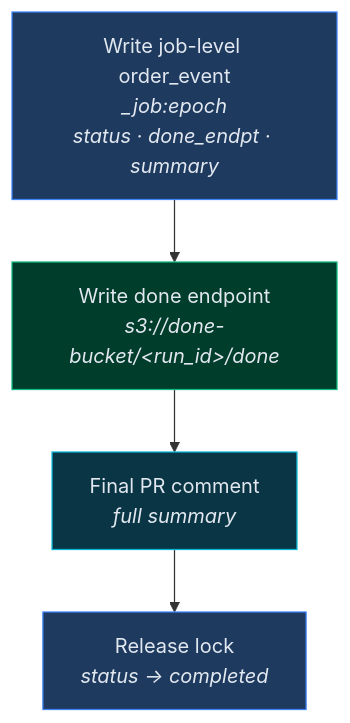
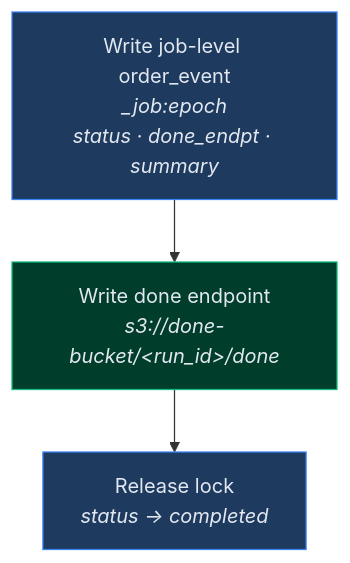
Diagram 22 of 36 in docs/ARCHITECTURE.md (config0-hub/aws-execution-engine), drawn with Mermaid before and after one commit. The commit also changed other lines of this file and 170 other files, not shown here.

````diff
--- a/docs/ARCHITECTURE.md
+++ b/docs/ARCHITECTURE.md
@@ -423,14 +408,12 @@
 ```mermaid
 flowchart TB
     Event["Write job-level order_event<br><i>_job:epoch</i><br><i>status · done_endpt · summary</i>"]
     Done["Write done endpoint<br><i>s3://done-bucket/&lt;run_id&gt;/done</i>"]
-    PR["Final PR comment<br><i>full summary</i>"]
     Lock["Release lock<br><i>status → completed</i>"]
 
-    Event --> Done --> PR --> Lock
+    Event --> Done --> Lock
 
     style Event fill:#1e3a5f,stroke:#3b82f6,color:#e2e8f0
     style Done fill:#003d2b,stroke:#10b981,color:#e2e8f0
-    style PR fill:#0a3544,stroke:#06b6d4,color:#e2e8f0
     style Lock fill:#1e3a5f,stroke:#3b82f6,color:#e2e8f0
 ```
````
